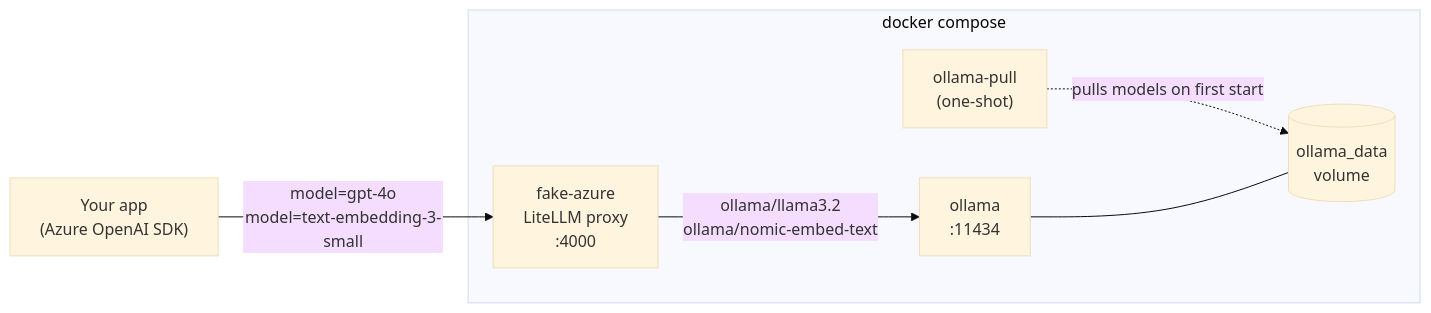
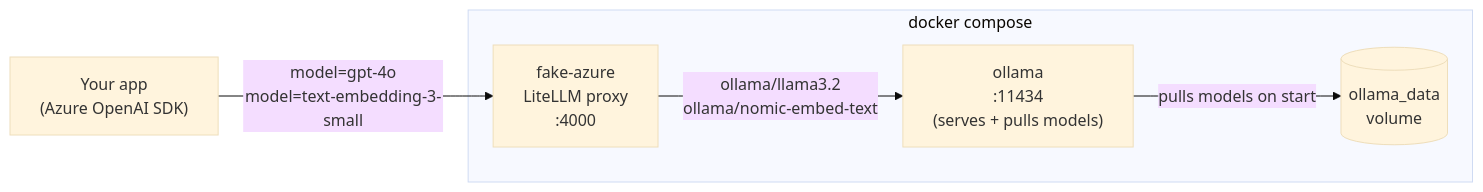
One commit to sIldefonsoRR/local-azure changed the diagram in README.md. Above: the diagram before and after it, drawn with Mermaid (base theme). The commit also changed other lines of this file and 2 other files, not shown here.

First line of the commit message:
Pull Ollama models inside the ollama container

````diff
--- a/README.md
+++ b/README.md
@@ -12,16 +12,14 @@
 ```mermaid
 flowchart LR
     app["Your app<br/>(Azure OpenAI SDK)"]
 
     subgraph compose["docker compose"]
         proxy["fake-azure<br/>LiteLLM proxy<br/>:4000"]
-        ollama["ollama<br/>:11434"]
-        pull["ollama-pull<br/>(one-shot)"]
+        ollama["ollama<br/>:11434<br/>(serves + pulls models)"]
         vol[("ollama_data<br/>volume")]
     end
 
     app -- "model=gpt-4o<br/>model=text-embedding-3-small" --> proxy
     proxy -- "ollama/llama3.2<br/>ollama/nomic-embed-text" --> ollama
-    pull -. "pulls models on first start" .-> vol
-    ollama --- vol
+    ollama -- "pulls models on start" --> vol
 ```
````
